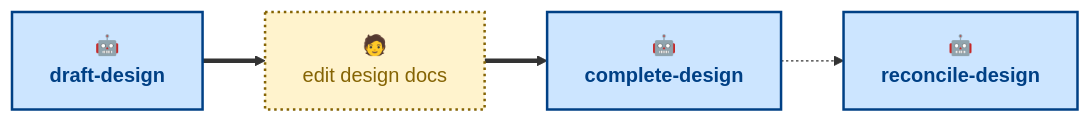
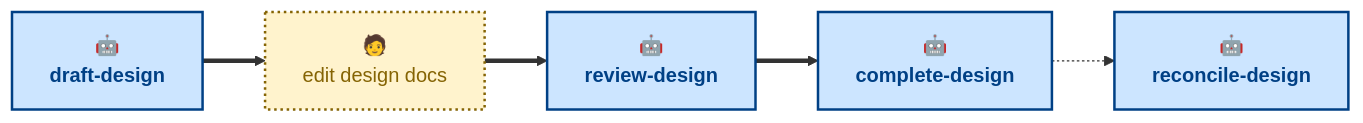
Before and after one commit to kieranpotts/design: the diagram in .agents/skills/README.md, drawn with Mermaid. The commit also changed other lines of this file and 5 other files, not shown here.

````diff
--- a/.agents/skills/README.md
+++ b/.agents/skills/README.md
@@ -22,15 +27,17 @@
 ```mermaid
 flowchart LR
   draft["🤖<br/><b>draft-design</b>"]:::agentic
   write["🧑<br/>edit design docs"]:::anthropic
+  review["🤖<br/><b>review-design</b>"]:::agentic
   complete["🤖<br/><b>complete-design</b>"]:::agentic
   reconcile["🤖<br/><b>reconcile-design</b>"]:::agentic
 
   draft ==> write
-  write ==> complete
+  write ==> review
+  review ==> complete
   complete -.-> reconcile
 
   classDef agentic fill:#cce5ff,stroke:#004085,color:#004085,stroke-width:2px
   classDef scripted fill:#e2e3e5,stroke:#4b5157,color:#383d41,stroke-width:2px
   classDef anthropic fill:#fff3cd,stroke:#856404,color:#856404,stroke-width:2px,stroke-dasharray:2 3
 ```
````
